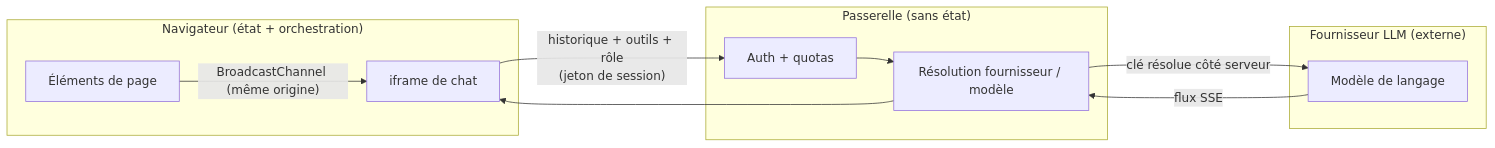
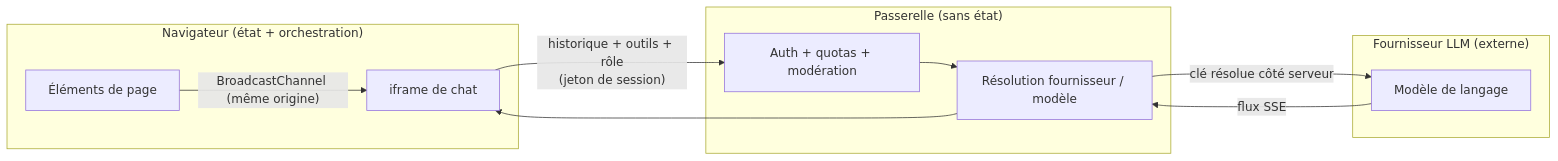
The third of 3 diagrams in docs/presentation-fr/05-securite.md (data-fair/agents), drawn with Mermaid before and after one commit. The commit also changed other lines of this file and 6 other files, not shown here.

````diff
--- a/docs/presentation-fr/05-securite.md
+++ b/docs/presentation-fr/05-securite.md
@@ -37,20 +77,20 @@
 ```mermaid
 flowchart LR
     subgraph Browser["Navigateur (état + orchestration)"]
         IF["iframe de chat"]
         EP["Éléments de page"]
     end
     subgraph GW["Passerelle (sans état)"]
-        Auth["Auth + quotas"]
+        Auth["Auth + quotas + modération"]
         Route["Résolution fournisseur / modèle"]
     end
     subgraph LLM["Fournisseur LLM (externe)"]
         Model["Modèle de langage"]
     end
     EP -->|"BroadcastChannel (même origine)"| IF
     IF -->|"historique + outils + rôle\n(jeton de session)"| Auth
     Auth --> Route
     Route -->|"clé résolue côté serveur"| Model
     Model -->|"flux SSE"| Route
     Route --> IF
 ```
````
